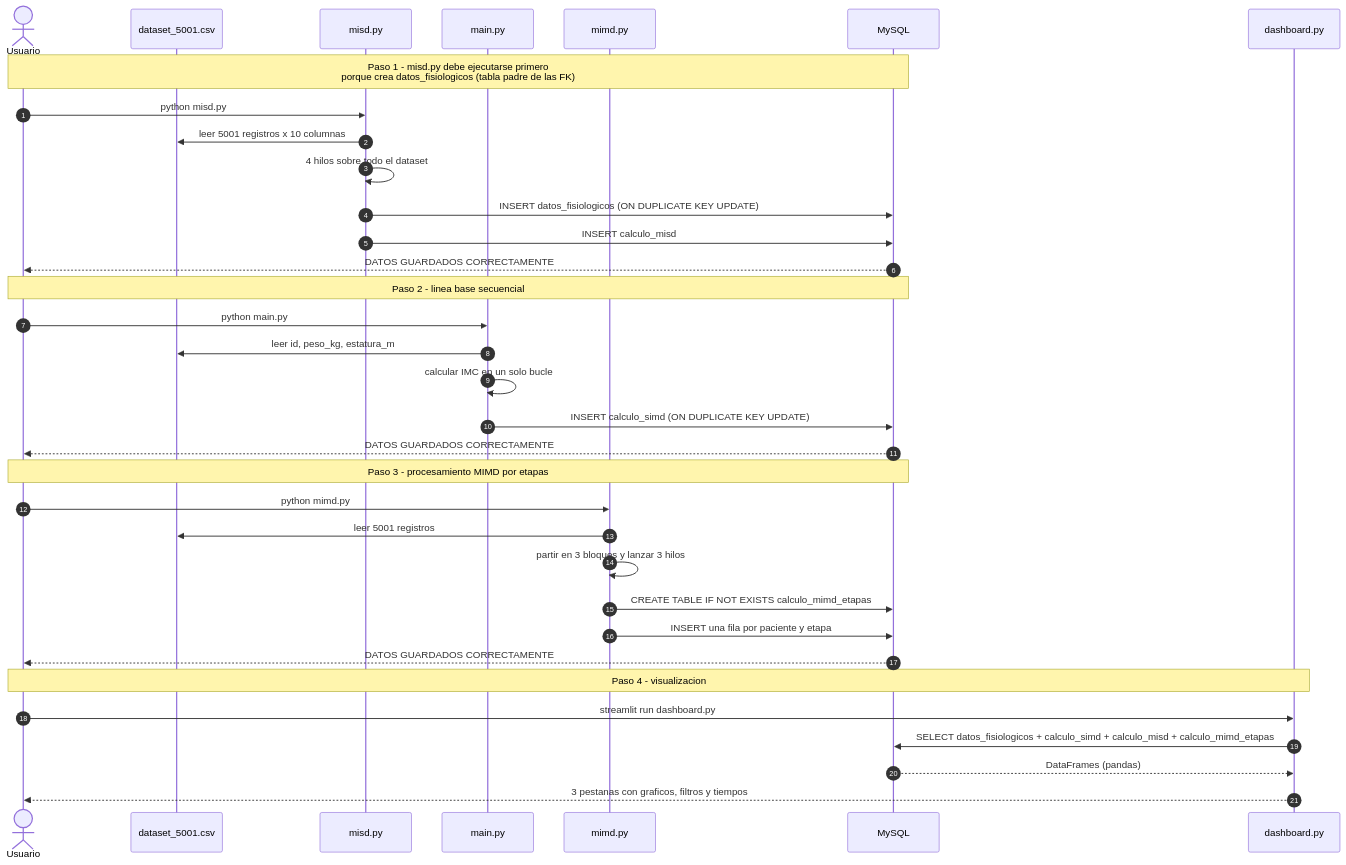
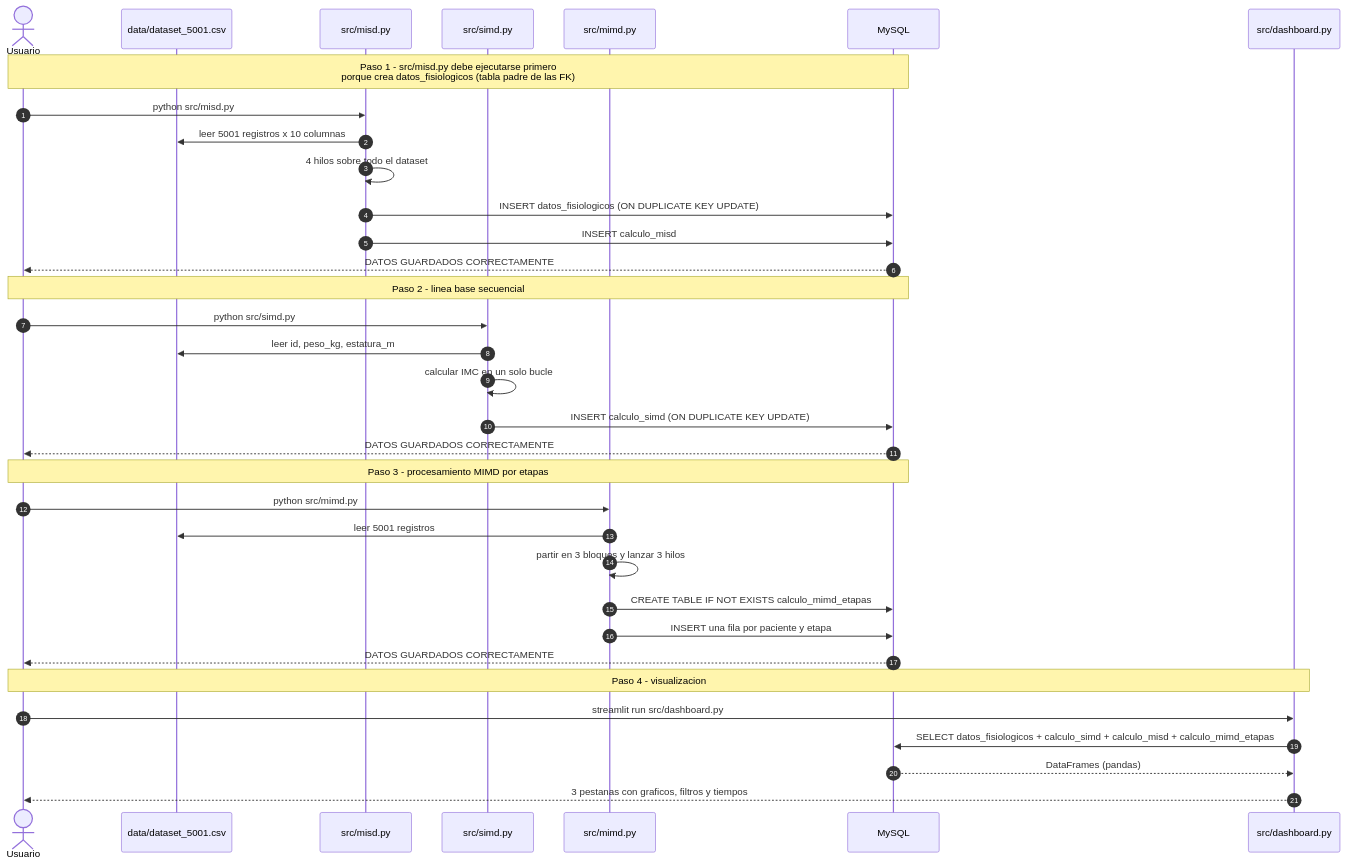
The seventh of 7 diagrams in diagramas/README.md (DTiupul/Proyecto_Computacion_Paralela), drawn with Mermaid before and after one commit. The commit also changed other lines of this file and 22 other files, not shown here.

````diff
--- a/diagramas/README.md
+++ b/diagramas/README.md
@@ -292,40 +292,40 @@
 ```mermaid
 sequenceDiagram
     autonumber
     actor U as Usuario
-    participant CSV as dataset_5001.csv
-    participant MISD as misd.py
-    participant MAIN as main.py
-    participant MIMD as mimd.py
+    participant CSV as data/dataset_5001.csv
+    participant MISD as src/misd.py
+    participant SIMD as src/simd.py
+    participant MIMD as src/mimd.py
     participant DB as MySQL
-    participant DASH as dashboard.py
+    participant DASH as src/dashboard.py
 
-    Note over U,DB: Paso 1 - misd.py debe ejecutarse primero<br/>porque crea datos_fisiologicos (tabla padre de las FK)
-    U->>MISD: python misd.py
+    Note over U,DB: Paso 1 - src/misd.py debe ejecutarse primero<br/>porque crea datos_fisiologicos (tabla padre de las FK)
+    U->>MISD: python src/misd.py
     MISD->>CSV: leer 5001 registros x 10 columnas
     MISD->>MISD: 4 hilos sobre todo el dataset
     MISD->>DB: INSERT datos_fisiologicos (ON DUPLICATE KEY UPDATE)
     MISD->>DB: INSERT calculo_misd
     DB-->>U: DATOS GUARDADOS CORRECTAMENTE
 
     Note over U,DB: Paso 2 - linea base secuencial
-    U->>MAIN: python main.py
-    MAIN->>CSV: leer id, peso_kg, estatura_m
-    MAIN->>MAIN: calcular IMC en un solo bucle
-    MAIN->>DB: INSERT calculo_simd (ON DUPLICATE KEY UPDATE)
+    U->>SIMD: python src/simd.py
+    SIMD->>CSV: leer id, peso_kg, estatura_m
+    SIMD->>SIMD: calcular IMC en un solo bucle
+    SIMD->>DB: INSERT calculo_simd (ON DUPLICATE KEY UPDATE)
     DB-->>U: DATOS GUARDADOS CORRECTAMENTE
 
     Note over U,DB: Paso 3 - procesamiento MIMD por etapas
-    U->>MIMD: python mimd.py
+    U->>MIMD: python src/mimd.py
     MIMD->>CSV: leer 5001 registros
     MIMD->>MIMD: partir en 3 bloques y lanzar 3 hilos
     MIMD->>DB: CREATE TABLE IF NOT EXISTS calculo_mimd_etapas
     MIMD->>DB: INSERT una fila por paciente y etapa
     DB-->>U: DATOS GUARDADOS CORRECTAMENTE
 
     Note over U,DASH: Paso 4 - visualizacion
-    U->>DASH: streamlit run dashboard.py
+    U->>DASH: streamlit run src/dashboard.py
     DASH->>DB: SELECT datos_fisiologicos + calculo_simd + calculo_misd + calculo_mimd_etapas
     DB-->>DASH: DataFrames (pandas)
     DASH-->>U: 3 pestanas con graficos, filtros y tiempos
 ```
````
